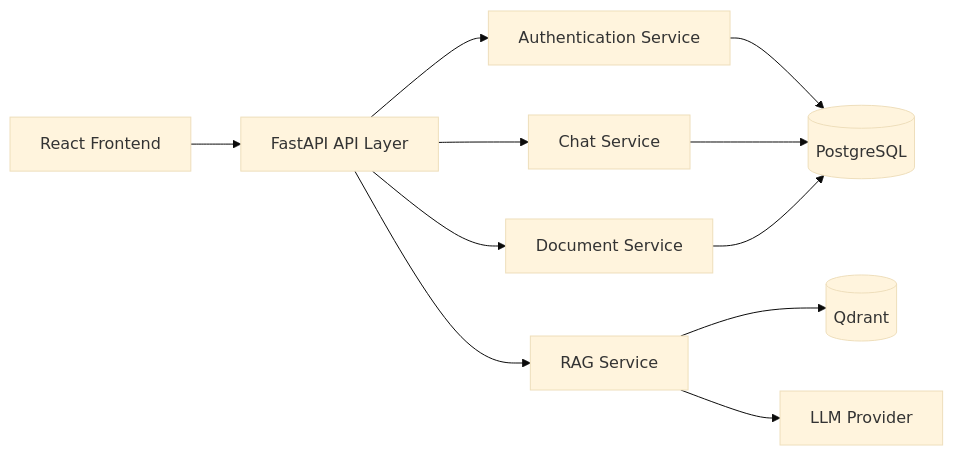
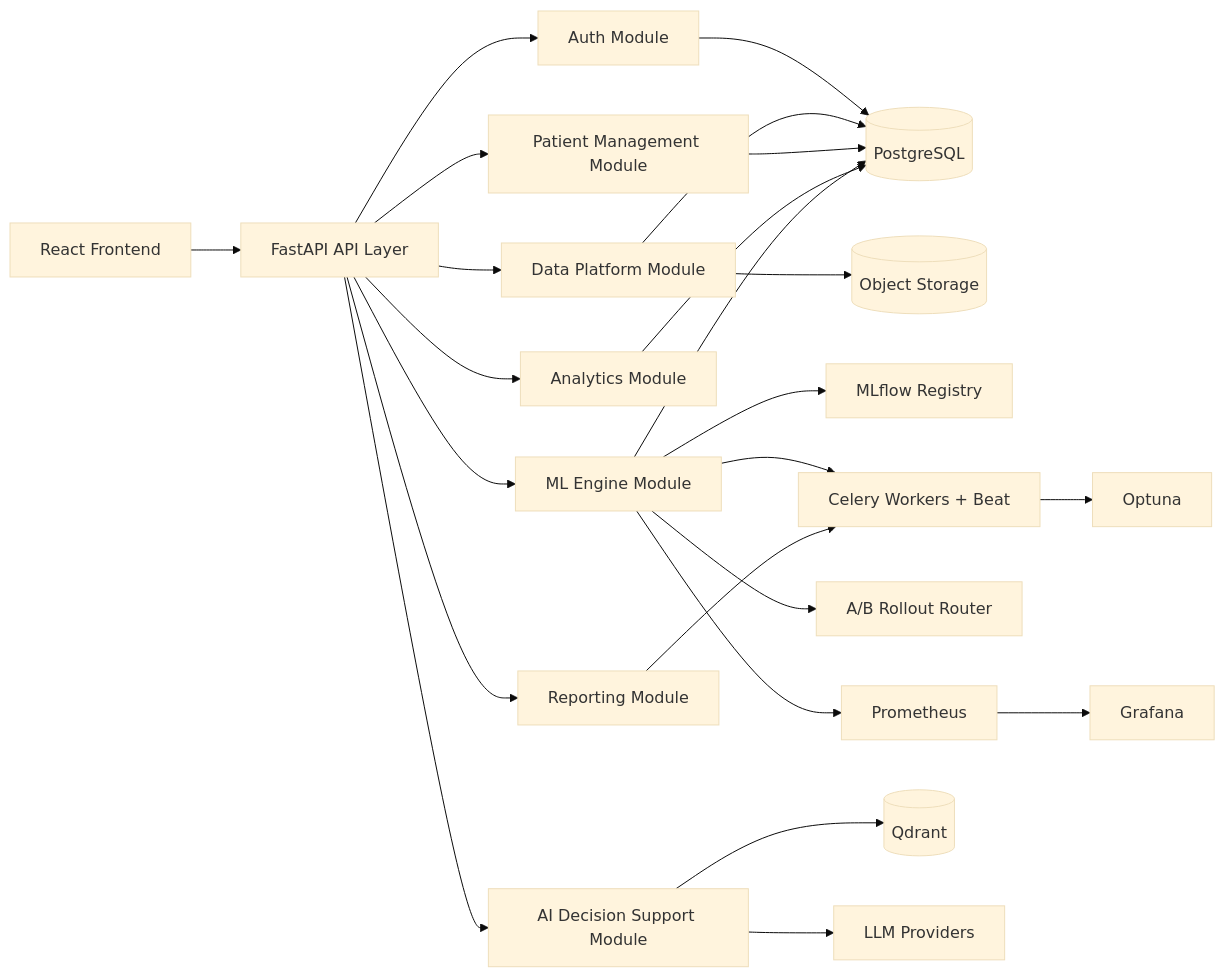
Before and after one commit to SubhranshuPan/medintel-ai: the first of 7 diagrams in docs/05_BACKEND_DESIGN.md, drawn with Mermaid (base theme). The commit also changed other lines of this file and 4 other files, not shown here.

First line of the commit message:
docs(architecture): update TRD, PRD, Scope, App Flow, Backend Design for full platform scope

````diff
--- a/docs/05_BACKEND_DESIGN.md
+++ b/docs/05_BACKEND_DESIGN.md
@@ -25,25 +38,29 @@
 ```mermaid
 flowchart LR
 
-A[React Frontend]
+A[React Frontend] --> B[FastAPI API Layer]
 
-A --> B[FastAPI API Layer]
+B --> C[Auth Module]
+B --> D[Data Platform Module]
+B --> P[Patient Management Module]
+B --> E[Analytics Module]
+B --> F[ML Engine Module]
+B --> G[AI Decision Support Module]
+B --> H[Reporting Module]
 
-B --> C[Authentication Service]
-
-B --> D[Chat Service]
-
-B --> E[Document Service]
-
-B --> F[RAG Service]
-
-C --> G[(PostgreSQL)]
-
-D --> G
-
-E --> G
-
-F --> H[(Qdrant)]
-
-F --> I[LLM Provider]
+C --> PG[(PostgreSQL)]
+D --> PG
+D --> OBJ[(Object Storage)]
+P --> PG
+E --> PG
+F --> PG
+F --> MLF[MLflow Registry]
+F --> JOBS[Celery Workers + Beat]
+F --> ROUT[A/B Rollout Router]
+JOBS --> OPT[Optuna]
+F --> MET[Prometheus]
+MET --> GRAF[Grafana]
+G --> QD[(Qdrant)]
+G --> LLM[LLM Providers]
+H --> JOBS
 ```
````
